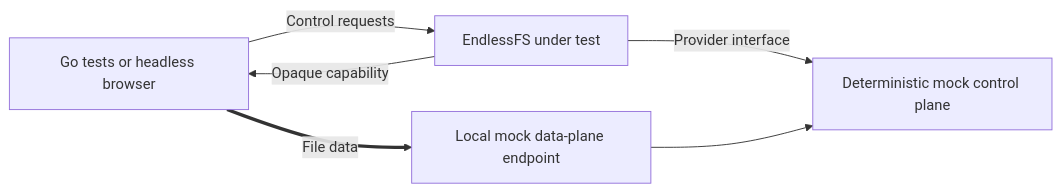
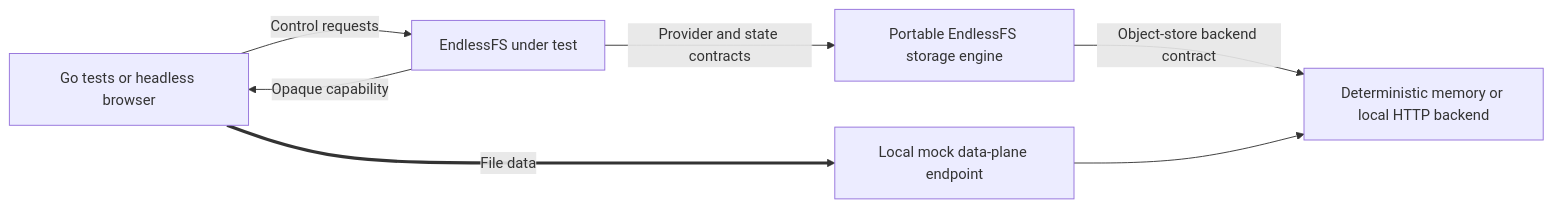
One commit to applyinnovations/EndlessFS changed the second of 3 diagrams in docs/v1-specification.md. Above: the diagram before and after it, drawn with Mermaid. The commit also changed other lines of this file and 1 other file, not shown here.

Commit message:
docs: define portable multi-replica storage contract

````diff
--- a/docs/v1-specification.md
+++ b/docs/v1-specification.md
@@ -210,8 +228,9 @@
 ```mermaid
 flowchart LR
     T["Go tests or headless browser"] -->|"Control requests"| E["EndlessFS under test"]
-    E -->|"Provider interface"| M["Deterministic mock control plane"]
+    E -->|"Provider and state contracts"| F["Portable EndlessFS storage engine"]
+    F -->|"Object-store backend contract"| M["Deterministic memory or local HTTP backend"]
     E -->|"Opaque capability"| T
     T ==>|"File data"| D["Local mock data-plane endpoint"]
     D --> M
 ```
````
